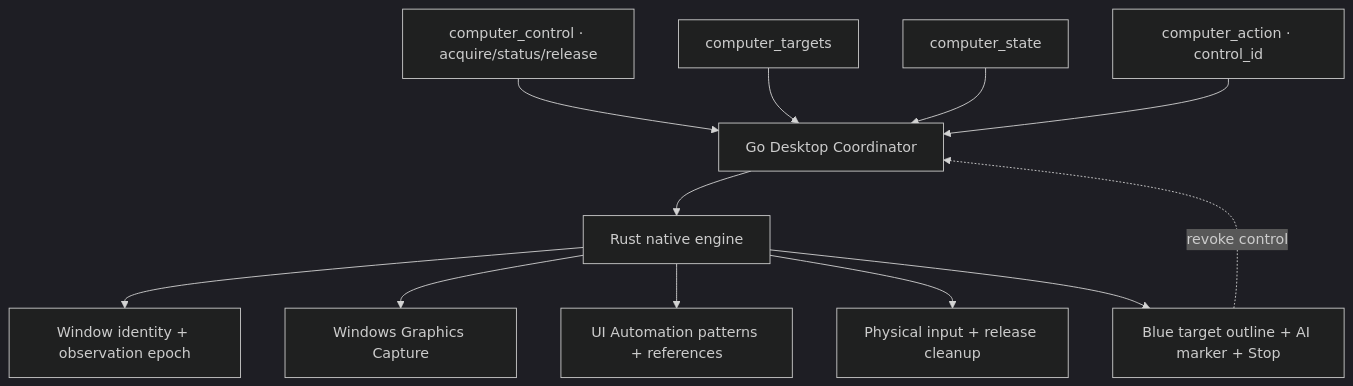
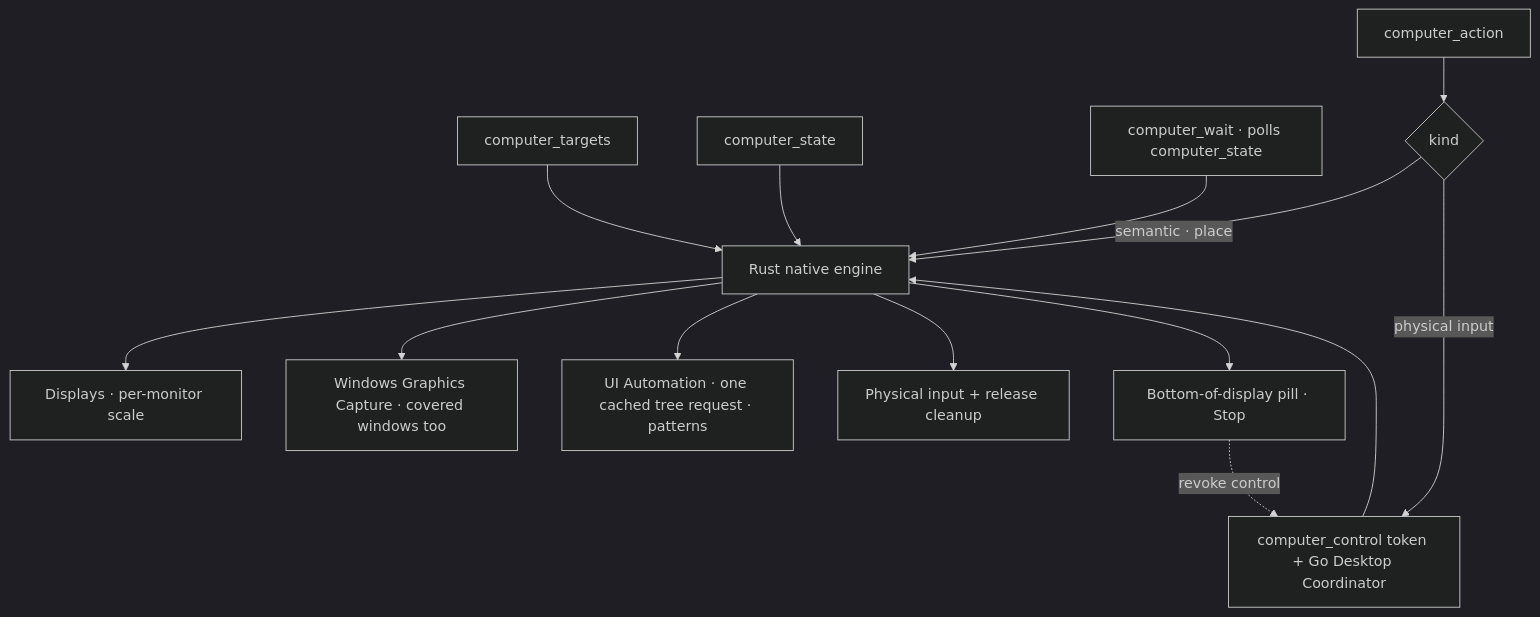
The sixth of 7 diagrams in README.md (hicancan/local-runtime-mcp), drawn with Mermaid (dark theme) before and after one commit. The commit also changed other lines of this file and 20 other files, not shown here.

````diff
--- a/README.md
+++ b/README.md
@@ -211,14 +211,16 @@
 ```mermaid
 flowchart TB
-    Control[computer_control · acquire/status/release] --> Coordinator[Go Desktop Coordinator]
-    Targets[computer_targets] --> Coordinator
-    State[computer_state] --> Coordinator
-    Action[computer_action · control_id] --> Coordinator
-    Coordinator --> Worker[Rust native engine]
-    Worker --> Identity[Window identity + observation epoch]
-    Worker --> Capture[Windows Graphics Capture]
-    Worker --> UIA[UI Automation patterns + references]
+    Targets[computer_targets] --> Worker[Rust native engine]
+    State[computer_state] --> Worker
+    Wait[computer_wait · polls computer_state] --> Worker
+    Action[computer_action] --> Kind{kind}
+    Kind -->|semantic · place| Worker
+    Kind -->|physical input| Control[computer_control token + Go Desktop Coordinator]
+    Control --> Worker
+    Worker --> Displays[Displays · per-monitor scale]
+    Worker --> Capture[Windows Graphics Capture · covered windows too]
+    Worker --> UIA[UI Automation · one cached tree request · patterns]
     Worker --> Input[Physical input + release cleanup]
-    Worker --> Overlay[Blue target outline + AI marker + Stop]
-    Overlay -. revoke control .-> Coordinator
+    Worker --> Pill[Bottom-of-display pill · Stop]
+    Pill -. revoke control .-> Control
 ```
````
